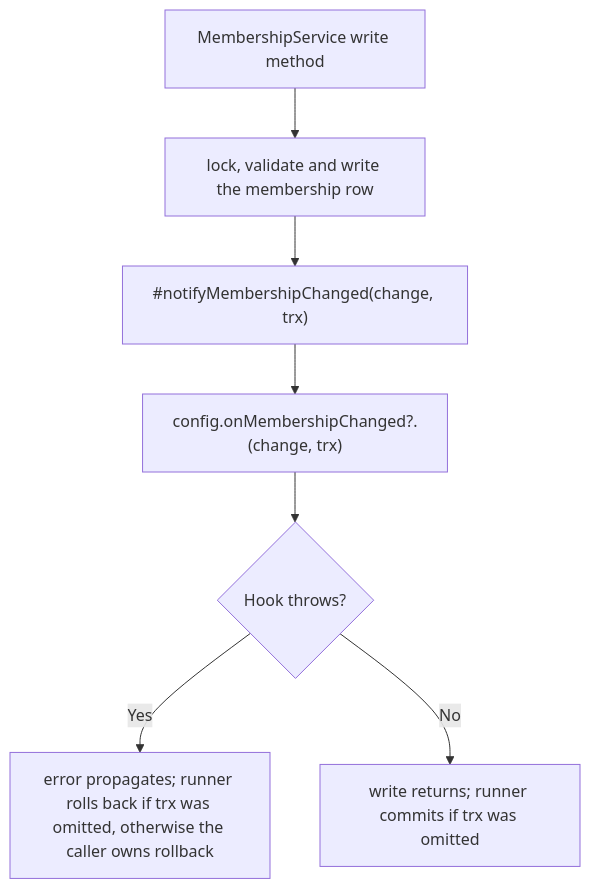
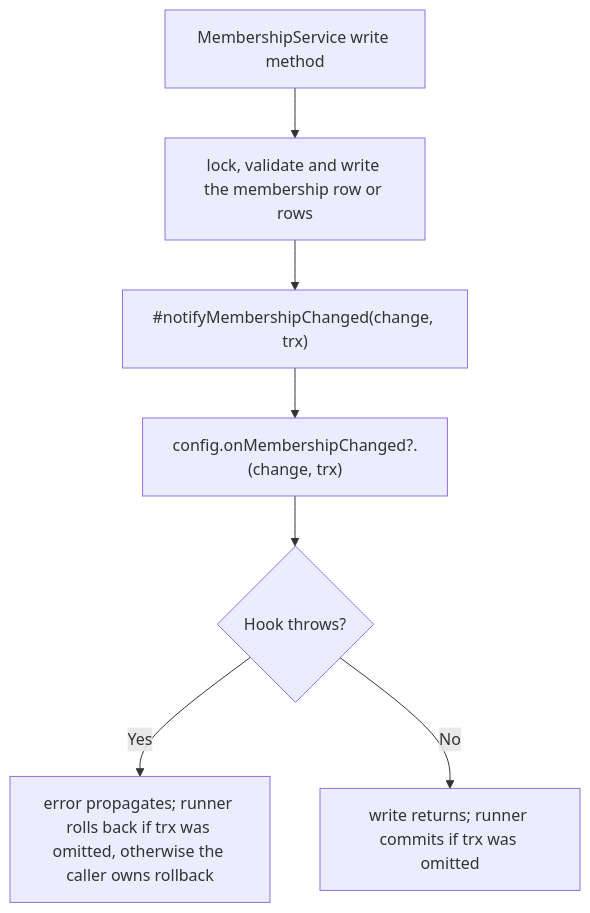
The second of 2 diagrams in user-stories/US-ACCESS-26-react-to-membership-changes.md (Kevinjohn/oss-adonisjs-access-control), drawn with Mermaid before and after one commit. The commit also changed other lines of this file and 31 other files, not shown here.

````diff
--- a/user-stories/US-ACCESS-26-react-to-membership-changes.md
+++ b/user-stories/US-ACCESS-26-react-to-membership-changes.md
@@ -39,9 +39,9 @@
 ```mermaid
 flowchart TD
-    A["MembershipService write method"] --> B["lock, validate and write the membership row"]
+    A["MembershipService write method"] --> B["lock, validate and write the membership row or rows"]
     B --> C["#notifyMembershipChanged(change, trx)"]
     C --> D["config.onMembershipChanged?.(change, trx)"]
     D --> E{"Hook throws?"}
     E -->|Yes| F["error propagates; runner rolls back if trx was omitted, otherwise the caller owns rollback"]
     E -->|No| G["write returns; runner commits if trx was omitted"]
 ```
````
